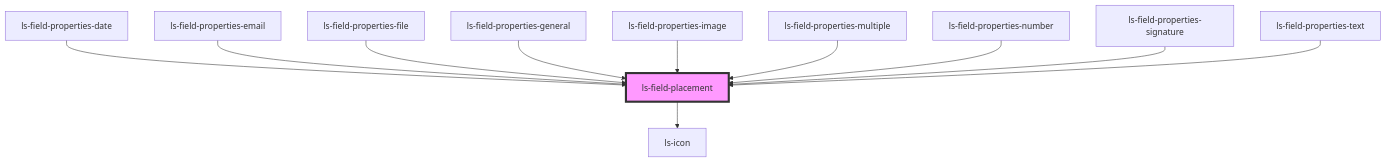
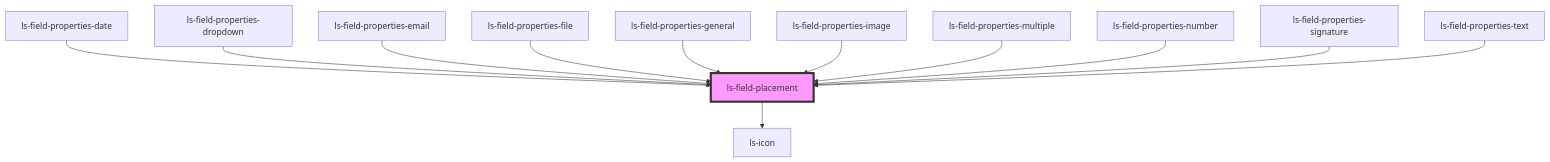
The diagram in src/components/ls-field-placement/readme.md (legalesign/ls-document-viewer), drawn with Mermaid before and after one commit. The commit also changed other lines of this file and 27 other files, not shown here.

````diff
--- a/src/components/ls-field-placement/readme.md
+++ b/src/components/ls-field-placement/readme.md
@@ -42,14 +43,15 @@
 ```mermaid
 graph TD;
   ls-field-placement --> ls-icon
   ls-field-properties-date --> ls-field-placement
+  ls-field-properties-dropdown --> ls-field-placement
   ls-field-properties-email --> ls-field-placement
   ls-field-properties-file --> ls-field-placement
   ls-field-properties-general --> ls-field-placement
   ls-field-properties-image --> ls-field-placement
   ls-field-properties-multiple --> ls-field-placement
   ls-field-properties-number --> ls-field-placement
   ls-field-properties-signature --> ls-field-placement
   ls-field-properties-text --> ls-field-placement
   style ls-field-placement fill:#f9f,stroke:#333,stroke-width:4px
 ```
````
